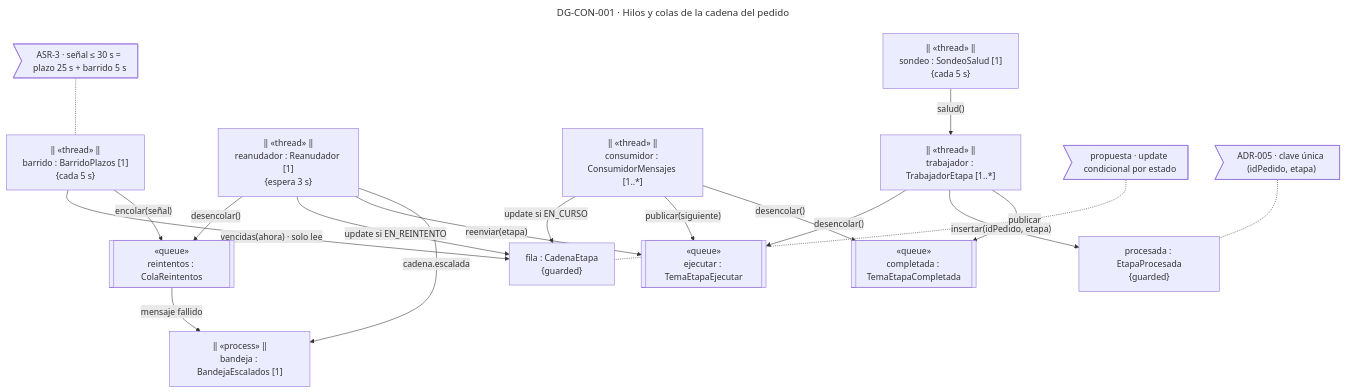
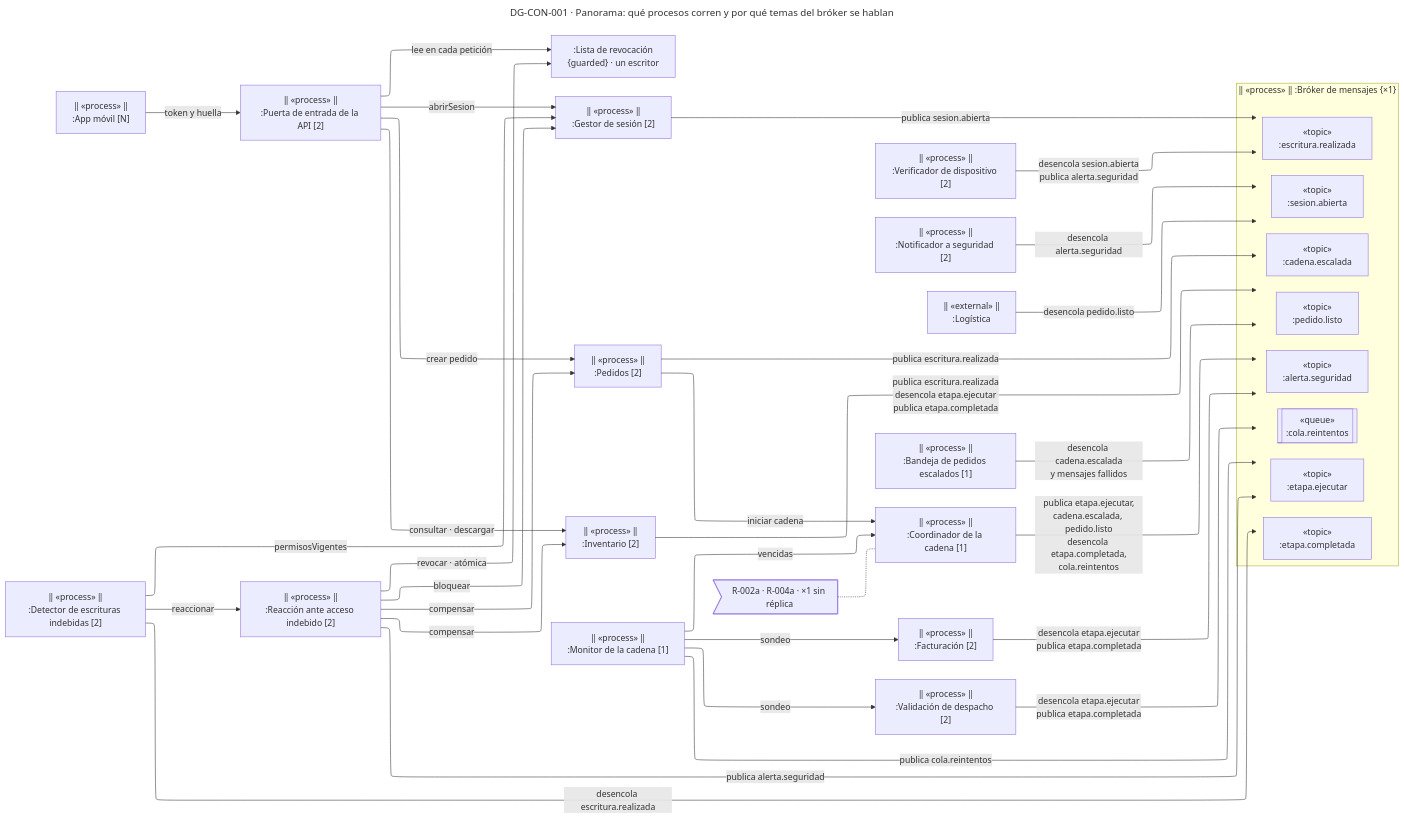
The first of 3 diagrams in docs/modelos/vista-concurrencia.md (MATI-MBIT/arqsoft-reto-2), drawn with Mermaid before and after one commit. The commit also changed other lines of this file and 8 other files, not shown here.

First line of the commit message:
Profundiza la vista de concurrencia con bróker, temas, colas e hilos

````diff
--- a/docs/modelos/vista-concurrencia.md
+++ b/docs/modelos/vista-concurrencia.md
@@ -82,42 +79,69 @@
 ```mermaid
 ---
-title: "DG-CON-001 · Hilos y colas de la cadena del pedido"
+title: "DG-CON-001 · Panorama: qué procesos corren y por qué temas del bróker se hablan"
 config:
-  layout: dagre
+  layout: elk
   theme: default
   look: classic
 ---
-%% id: DG-CON-001 | tipo: concurrencia (objetos activos) | asr: [ASR-3, ASR-4] | adr: [ADR-001, ADR-002, ADR-004, ADR-005, ADR-006] | estado: propuesta
-%% leyenda: documento
-flowchart TB
-    SON["‖ «thread» ‖<br/>sondeo : SondeoSalud [1]<br/>{cada 5 s}"]
-    BAR["‖ «thread» ‖<br/>barrido : BarridoPlazos [1]<br/>{cada 5 s}"]
-    REI[["«queue»<br/>reintentos : ColaReintentos"]]
-    REA["‖ «thread» ‖<br/>reanudador : Reanudador [1]<br/>{espera 3 s}"]
-    BAN["‖ «process» ‖<br/>bandeja : BandejaEscalados [1]"]
-    FIL["fila : CadenaEtapa<br/>{guarded}"]
-    CON["‖ «thread» ‖<br/>consumidor : ConsumidorMensajes [1..*]"]
-    EJE[["«queue»<br/>ejecutar : TemaEtapaEjecutar"]]
-    TRA["‖ «thread» ‖<br/>trabajador : TrabajadorEtapa [1..*]"]
-    COM[["«queue»<br/>completada : TemaEtapaCompletada"]]
-    PRO["procesada : EtapaProcesada<br/>{guarded}"]
+%% id: DG-CON-001 | tipo: concurrencia (objetos activos) | asr: [ASR-1, ASR-2, ASR-3, ASR-4] | adr: [ADR-001, ADR-002, ADR-003, ADR-004, ADR-005, ADR-006, ADR-007, ADR-008, ADR-009, ADR-010] | estado: propuesta
+%% leyenda: documento · profundiza la vista de componentes · copia de drawio/vista-concurrencia.drawio
+flowchart LR
+    APP["‖ «process» ‖<br/>:App móvil [N]"]
+    GW["‖ «process» ‖<br/>:Puerta de entrada de la API [2]"]
+    LRV[":Lista de revocación<br/>{guarded} · un escritor"]
+    SES["‖ «process» ‖<br/>:Gestor de sesión [2]"]
+    VDI["‖ «process» ‖<br/>:Verificador de dispositivo [2]"]
+    NOT["‖ «process» ‖<br/>:Notificador a seguridad [2]"]
+    DET["‖ «process» ‖<br/>:Detector de escrituras indebidas [2]"]
+    REA["‖ «process» ‖<br/>:Reacción ante acceso indebido [2]"]
+    PED["‖ «process» ‖<br/>:Pedidos [2]"]
+    INV["‖ «process» ‖<br/>:Inventario [2]"]
+    subgraph BRK["‖ «process» ‖ :Bróker de mensajes {×1}"]
+        TSES["«topic»<br/>:sesion.abierta"]
+        TALE["«topic»<br/>:alerta.seguridad"]
+        TESR["«topic»<br/>:escritura.realizada"]
+        TEJE["«topic»<br/>:etapa.ejecutar"]
+        TCOM["«topic»<br/>:etapa.completada"]
+        TESC["«topic»<br/>:cadena.escalada"]
+        TLST["«topic»<br/>:pedido.listo"]
+        QREI[["«queue»<br/>:cola.reintentos"]]
+    end
+    LOG["‖ «external» ‖<br/>:Logística"]
+    BES["‖ «process» ‖<br/>:Bandeja de pedidos escalados [1]"]
+    COO["‖ «process» ‖<br/>:Coordinador de la cadena [1]"]
+    MON["‖ «process» ‖<br/>:Monitor de la cadena [1]"]
+    FAC["‖ «process» ‖<br/>:Facturación [2]"]
+    DES["‖ «process» ‖<br/>:Validación de despacho [2]"]
 
-    BAR -- "vencidas(ahora) · solo lee" --> FIL
-    BAR -- "encolar(señal)" --> REI
-    SON -- "salud()" --> TRA
-    REA -- "desencolar()" --> REI
-    REA -- "update si EN_REINTENTO" --> FIL
-    REA -- "reenviar(etapa)" --> EJE
-    REA -- "cadena.escalada" --> BAN
-    REI -- "mensaje fallido" --> BAN
-    CON -- "update si EN_CURSO" --> FIL
-    CON -- "publicar(siguiente)" --> EJE
-    TRA -- "desencolar()" --> EJE
-    TRA -- "insertar(idPedido, etapa)" --> PRO
-    TRA -- "publicar" --> COM
-    CON -- "desencolar()" --> COM
+    APP -- "token y huella" --> GW
+    GW -- "lee en cada petición" --> LRV
+    GW -- "abrirSesion" --> SES
+    GW -- "crear pedido" --> PED
+    GW -- "consultar · descargar" --> INV
+    REA -- "revocar · atómica" --> LRV
+    DET -- "permisosVigentes" --> SES
+    DET -- "reaccionar" --> REA
+    REA -- "bloquear" --> SES
+    REA -- "compensar" --> PED
+    REA -- "compensar" --> INV
+    SES -- "publica sesion.abierta" --> BRK
+    VDI -- "desencola sesion.abierta<br>publica alerta.seguridad" --> BRK
+    NOT -- "desencola alerta.seguridad" --> BRK
+    DET -- "desencola escritura.realizada" --> BRK
+    REA -- "publica alerta.seguridad" --> BRK
+    PED -- "publica escritura.realizada" --> BRK
+    INV -- "publica escritura.realizada<br>desencola etapa.ejecutar<br>publica etapa.completada" --> BRK
+    LOG -- "desencola pedido.listo" --> BRK
+    BES -- "desencola cadena.escalada<br>y mensajes fallidos" --> BRK
+    COO -- "publica etapa.ejecutar,<br>cadena.escalada, pedido.listo<br>desencola etapa.completada,<br>cola.reintentos" --> BRK
+    MON -- "publica cola.reintentos" --> BRK
+    FAC -- "desencola etapa.ejecutar<br>publica etapa.completada" --> BRK
+    DES -- "desencola etapa.ejecutar<br>publica etapa.completada" --> BRK
+    PED -- "iniciar cadena" --> COO
+    MON -- "vencidas" --> COO
+    MON -- "sondeo" --> FAC
+    MON -- "sondeo" --> DES
 
-    N1>"propuesta · update condicional por estado"] -.- FIL
-    N2>"ADR-005 · clave única (idPedido, etapa)"] -.- PRO
-    N3>"ASR-3 · señal ≤ 30 s = plazo 25 s + barrido 5 s"] -.- BAR
+    NN1>"R-002a · R-004a · ×1 sin réplica"] -.- COO
 ```
````
